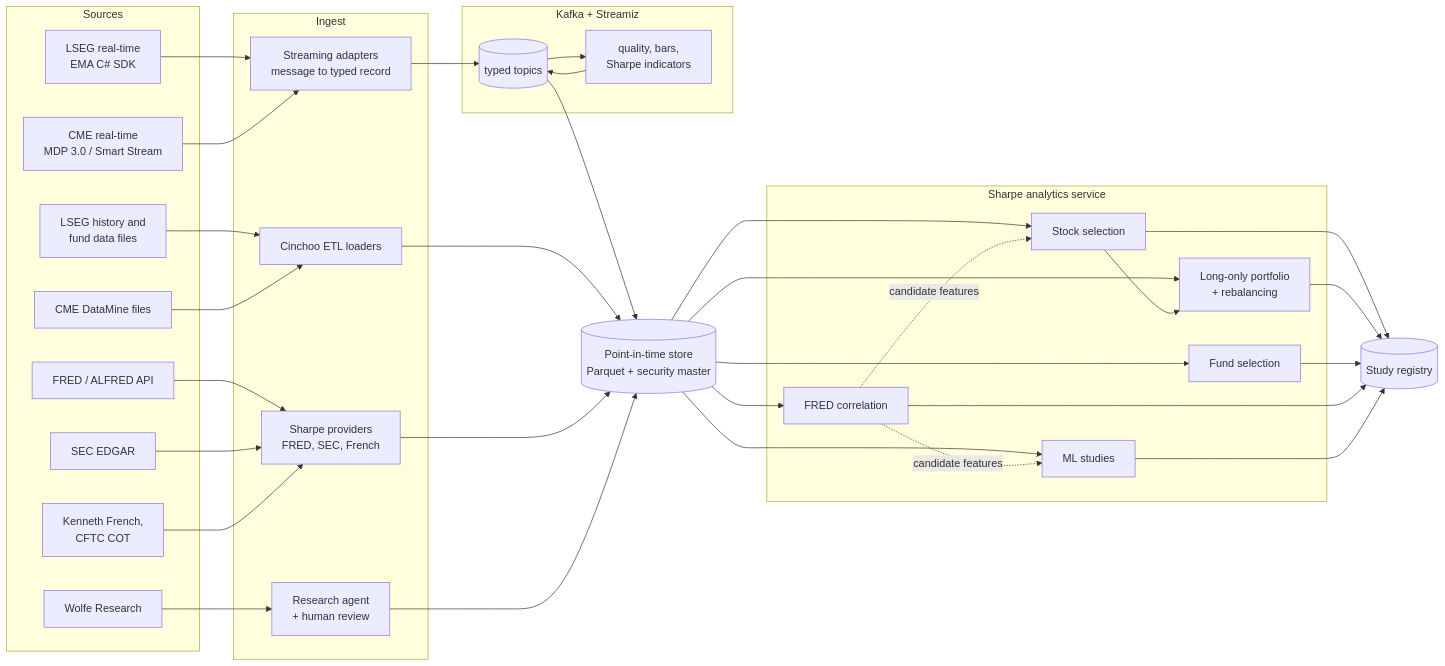
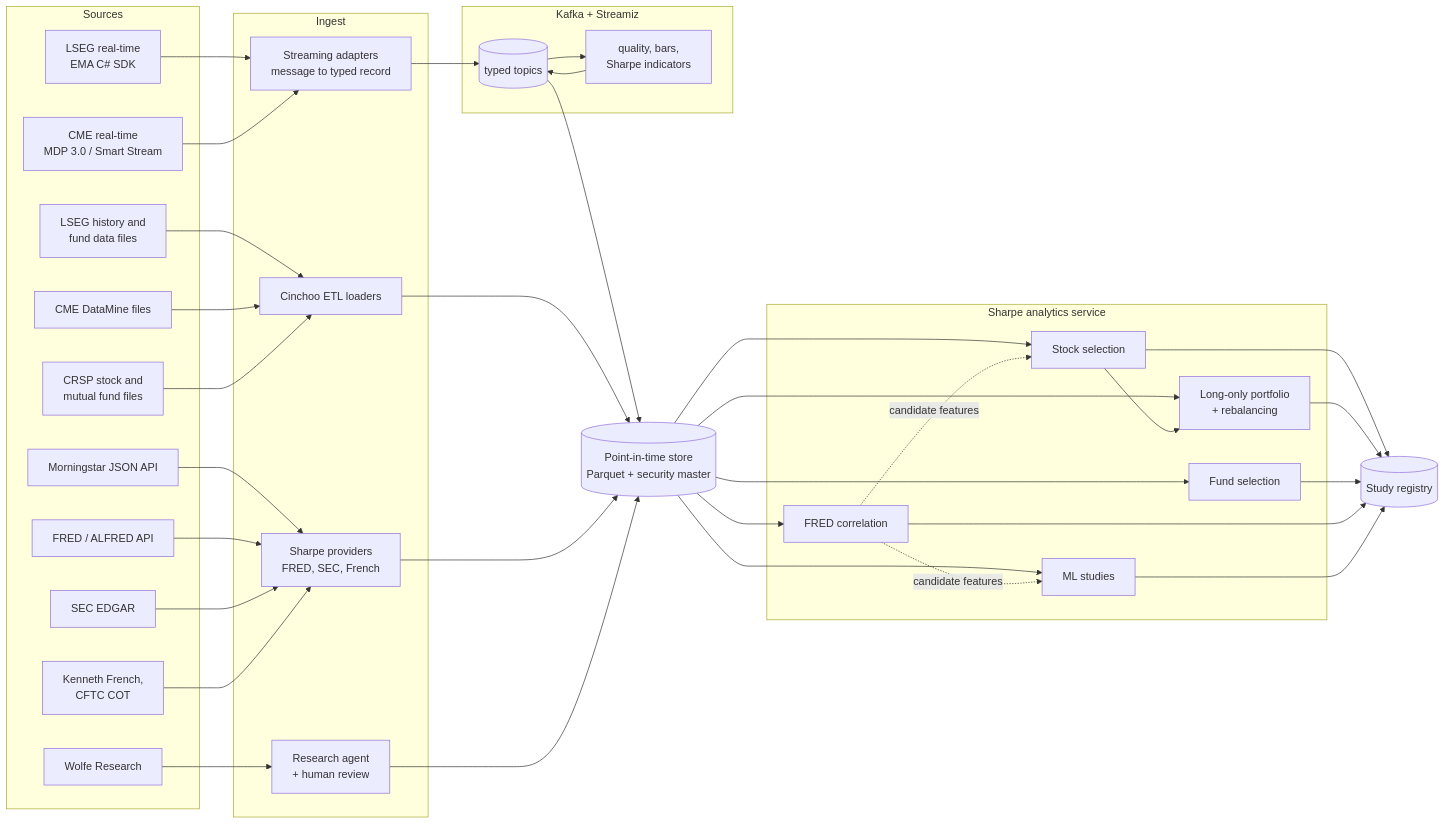
The diagram in docs/investment-research-platform.md (ancgate/streamiz), drawn with Mermaid before and after one commit. The commit also changed other lines of this file, not shown here.

First line of the commit message:
Add CRSP and Morningstar to the research platform design

````diff
--- a/docs/investment-research-platform.md
+++ b/docs/investment-research-platform.md
@@ -46,54 +46,58 @@
 ```mermaid
 flowchart LR
     subgraph Sources
         LSEGRT[LSEG real-time<br/>EMA C# SDK]
         LSEGH[LSEG history and<br/>fund data files]
         CMERT[CME real-time<br/>MDP 3.0 / Smart Stream]
         CMEH[CME DataMine files]
         FRED[FRED / ALFRED API]
         SEC[SEC EDGAR]
         WOLFE[Wolfe Research]
+        CRSP[CRSP stock and<br/>mutual fund files]
+        MS[Morningstar JSON API]
         PUB[Kenneth French,<br/>CFTC COT]
     end
 
     subgraph Ingest
         ADP[Streaming adapters<br/>message to typed record]
         ETL[Cinchoo ETL loaders]
         API[Sharpe providers<br/>FRED, SEC, French]
         AG[Research agent<br/>+ human review]
     end
 
     subgraph Stream["Kafka + Streamiz"]
         K[(typed topics)]
         S[quality, bars,<br/>Sharpe indicators]
     end
 
     PIT[(Point-in-time store<br/>Parquet + security master)]
 
     subgraph Analytics["Sharpe analytics service"]
         W1[Stock selection]
         W2[Long-only portfolio<br/>+ rebalancing]
         W3[Fund selection]
         W4[FRED correlation]
         W5[ML studies]
     end
 
     REG[(Study registry)]
 
     LSEGRT --> ADP
     CMERT --> ADP
     ADP --> K --> S --> K
     K --> PIT
     LSEGH --> ETL
     CMEH --> ETL
+    CRSP --> ETL
     ETL --> PIT
+    MS --> API
     FRED --> API
     SEC --> API
     PUB --> API
     API --> PIT
     WOLFE --> AG --> PIT
     PIT --> W1 & W2 & W3 & W4 & W5
     W1 --> W2
     W4 -.candidate features.-> W1 & W5
     W1 & W2 & W3 & W4 & W5 --> REG
 ```
````
